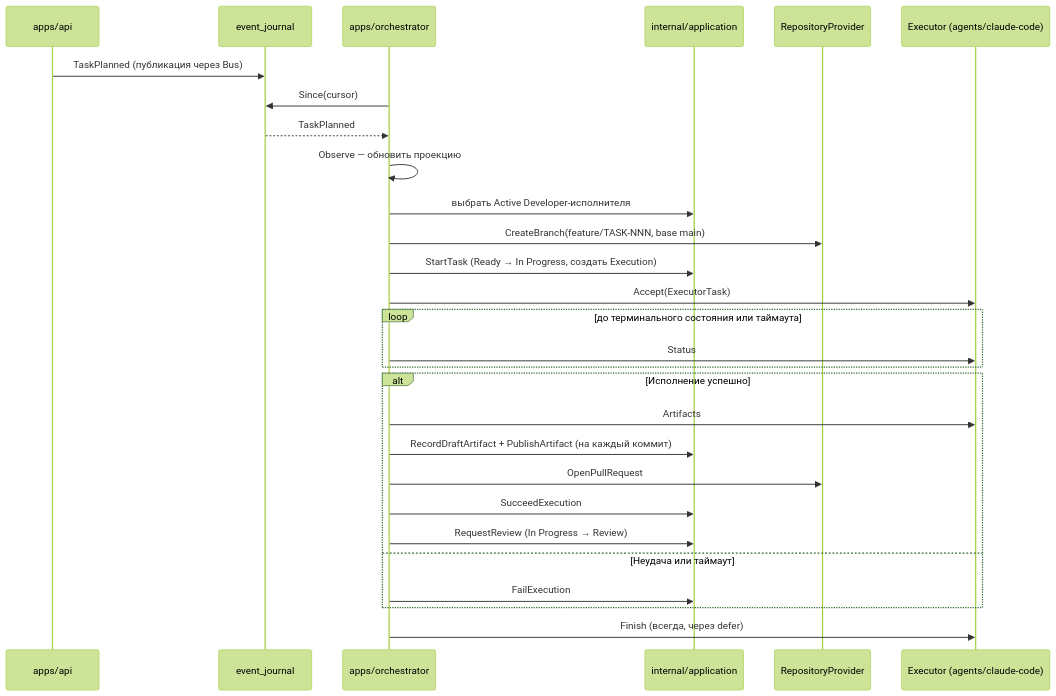
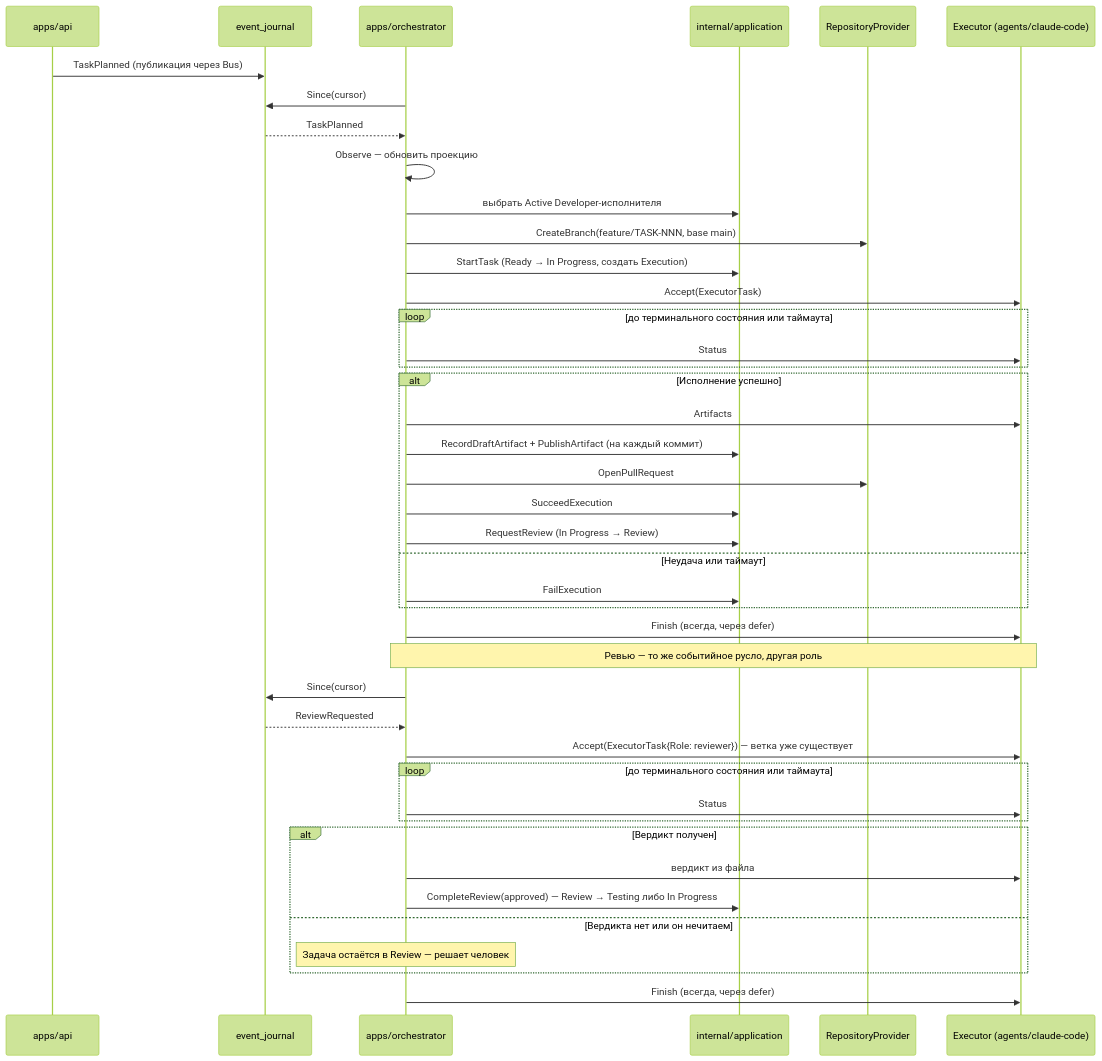
One commit to nikibrdev/ai-studio-os changed the diagram in docs/architecture/orchestrator.md. Above: the diagram before and after it, drawn with Mermaid (forest theme). The commit also changed other lines of this file and 5 other files, not shown here.

First line of the commit message:
docs(architecture): синхронизировать документацию с ролями (TASK-089)

````diff
--- a/docs/architecture/orchestrator.md
+++ b/docs/architecture/orchestrator.md
@@ -34,35 +34,50 @@
 ```mermaid
 sequenceDiagram
     participant API as apps/api
     participant J as event_journal
     participant ORCH as apps/orchestrator
     participant APP as internal/application
     participant GIT as RepositoryProvider
     participant EX as Executor (agents/claude-code)
 
     API->>J: TaskPlanned (публикация через Bus)
     ORCH->>J: Since(cursor)
     J-->>ORCH: TaskPlanned
     ORCH->>ORCH: Observe — обновить проекцию
 
     ORCH->>APP: выбрать Active Developer-исполнителя
     ORCH->>GIT: CreateBranch(feature/TASK-NNN, base main)
     ORCH->>APP: StartTask (Ready → In Progress, создать Execution)
     ORCH->>EX: Accept(ExecutorTask)
 
     loop до терминального состояния или таймаута
         ORCH->>EX: Status
     end
 
     alt Исполнение успешно
         ORCH->>EX: Artifacts
         ORCH->>APP: RecordDraftArtifact + PublishArtifact (на каждый коммит)
         ORCH->>GIT: OpenPullRequest
         ORCH->>APP: SucceedExecution
         ORCH->>APP: RequestReview (In Progress → Review)
     else Неудача или таймаут
         ORCH->>APP: FailExecution
     end
 
     ORCH->>EX: Finish (всегда, через defer)
+
+    Note over ORCH,EX: Ревью — то же событийное русло, другая роль
+    ORCH->>J: Since(cursor)
+    J-->>ORCH: ReviewRequested
+    ORCH->>EX: Accept(ExecutorTask{Role: reviewer}) — ветка уже существует
+    loop до терминального состояния или таймаута
+        ORCH->>EX: Status
+    end
+    alt Вердикт получен
+        ORCH->>EX: вердикт из файла
+        ORCH->>APP: CompleteReview(approved) — Review → Testing либо In Progress
+    else Вердикта нет или он нечитаем
+        Note over ORCH: Задача остаётся в Review — решает человек
+    end
+    ORCH->>EX: Finish (всегда, через defer)
 ```
````
